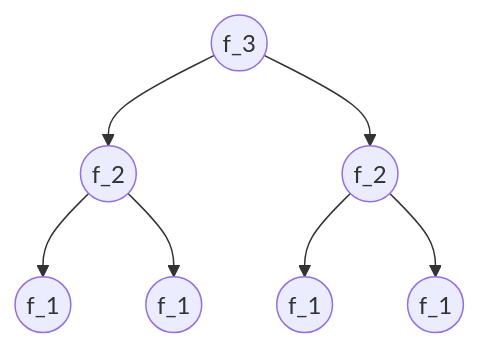
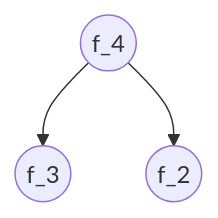
Before and after one commit to YCChenVictor/blog-frontend: the diagram in _posts/software/data_structure_and_algorithm/2022-05-02-complexity.md, drawn with Mermaid. The commit also changed other lines of this file and 8 other files, not shown here.

```diff
--- a/_posts/software/data_structure_and_algorithm/2022-05-02-complexity.md
+++ b/_posts/software/data_structure_and_algorithm/2022-05-02-complexity.md
@@ -230,11 +231,5 @@
 <div class="mermaid">
 graph TD
-  id1((f_3)) --> id2((f_2))
-  id1((f_3)) --> id3((f_2))
-
-  id2((f_2)) --> id4((f_1))
-  id2((f_2)) --> id5((f_1))
-
-  id3((f_2)) --> id6((f_1))
-  id3((f_2)) --> id7((f_1))
+  id1((f_4)) --> id2((f_3))
+  id1((f_4)) --> id3((f_2))
 </div>
```
